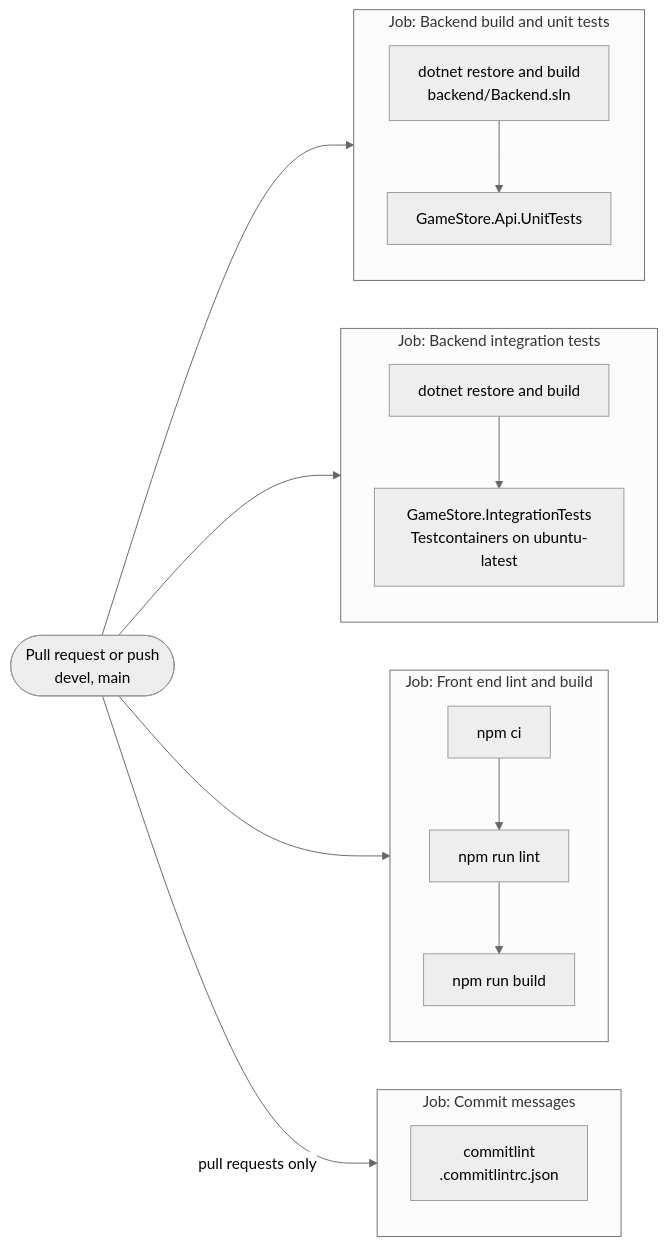
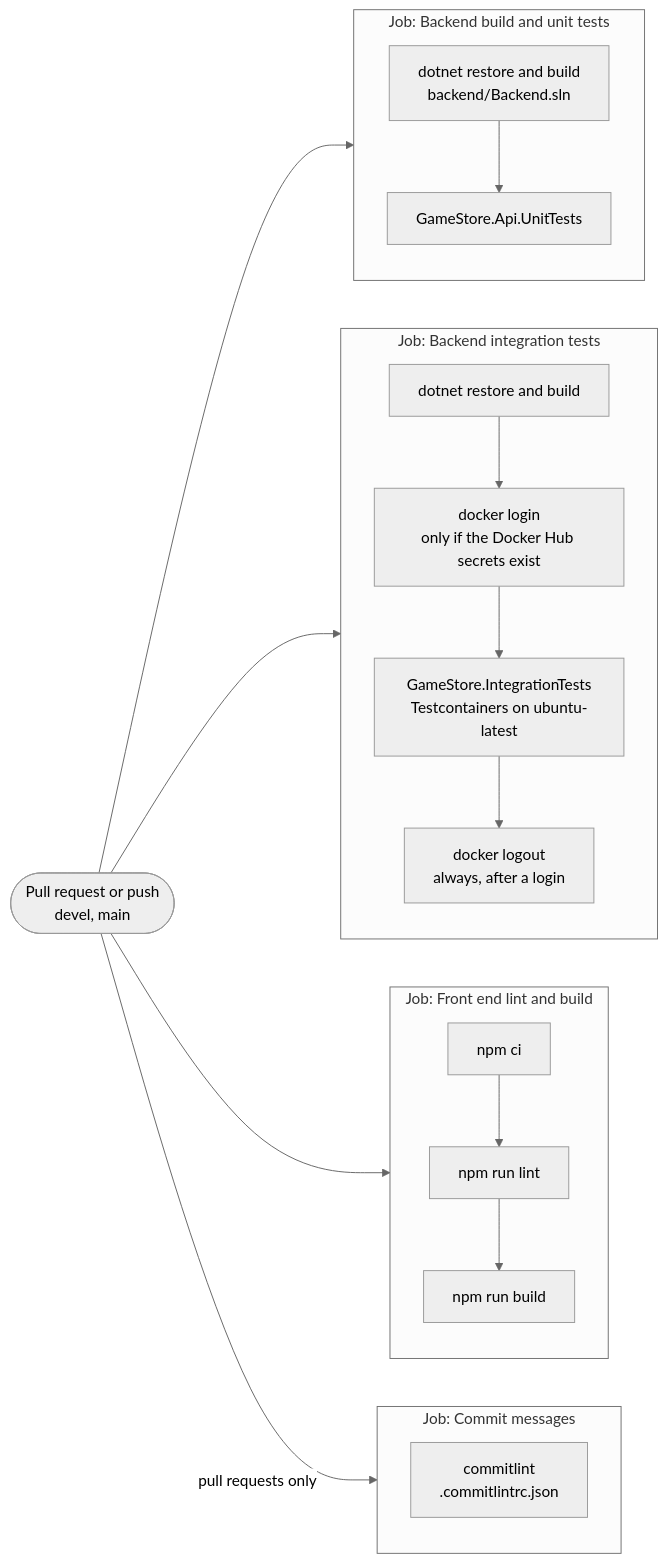
Diagram 11 of 12 in docs/architecture.md (Axeloooo/GameStore), drawn with Mermaid (neutral theme) before and after one commit. The commit also changed other lines of this file and 2 other files, not shown here.

Commit message:
docs: Documented the Docker Hub login, its repository secrets and Dependabot

````diff
--- a/docs/architecture.md
+++ b/docs/architecture.md
@@ -407,23 +407,25 @@
 ```mermaid
 flowchart LR
     trigger(["Pull request or push<br/>devel, main"]) --> backend
     trigger --> integration
     trigger --> frontend
     trigger -->|"pull requests only"| commits
 
     subgraph backend["Job: Backend build and unit tests"]
         b1["dotnet restore and build<br/>backend/Backend.sln"] --> b2["GameStore.Api.UnitTests"]
     end
 
     subgraph integration["Job: Backend integration tests"]
-        i1["dotnet restore and build"] --> i2["GameStore.IntegrationTests<br/>Testcontainers on ubuntu-latest"]
+        i1["dotnet restore and build"] --> i0["docker login<br/>only if the Docker Hub secrets exist"]
+        i0 --> i2["GameStore.IntegrationTests<br/>Testcontainers on ubuntu-latest"]
+        i2 --> i3["docker logout<br/>always, after a login"]
     end
 
     subgraph frontend["Job: Front end lint and build"]
         f1["npm ci"] --> f2["npm run lint"] --> f3["npm run build"]
     end
 
     subgraph commits["Job: Commit messages"]
         c1["commitlint<br/>.commitlintrc.json"]
     end
 ```
````
